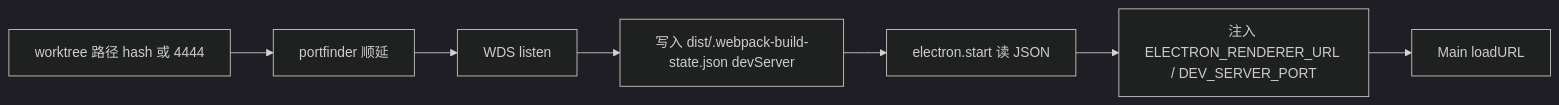
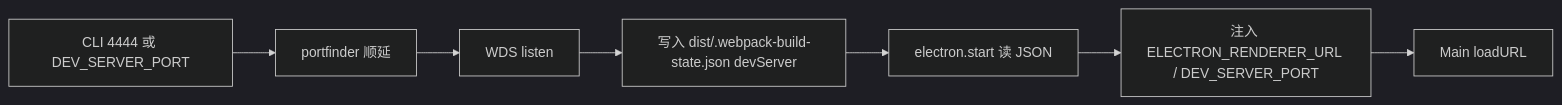
The diagram in projects/ChatAIO/docs/architecture/worktree-dev-server.md (Kane-Kuroneko/electron-reaxes-react), drawn with Mermaid (dark theme) before and after one commit. The commit also changed other lines of this file and 11 other files, not shown here.

````diff
--- a/projects/ChatAIO/docs/architecture/worktree-dev-server.md
+++ b/projects/ChatAIO/docs/architecture/worktree-dev-server.md
@@ -21,9 +21,9 @@
 ```mermaid
 flowchart LR
-  hash["worktree 路径 hash 或 4444"] --> find["portfinder 顺延"]
+  start["CLI 4444 或 DEV_SERVER_PORT"] --> find["portfinder 顺延"]
   find --> wds["WDS listen"]
   wds --> json["写入 dist/.webpack-build-state.json devServer"]
   json --> electron["electron.start 读 JSON"]
   electron --> env["注入 ELECTRON_RENDERER_URL / DEV_SERVER_PORT"]
   env --> main["Main loadURL"]
 ```
````
